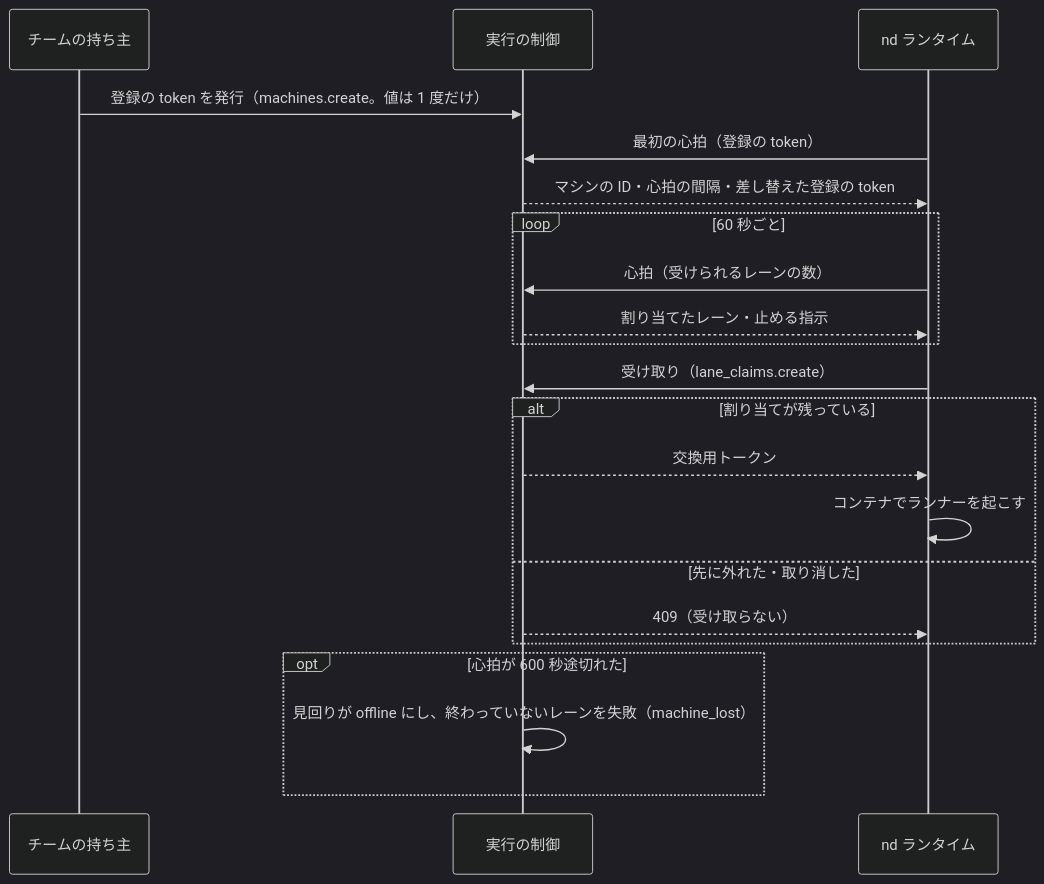
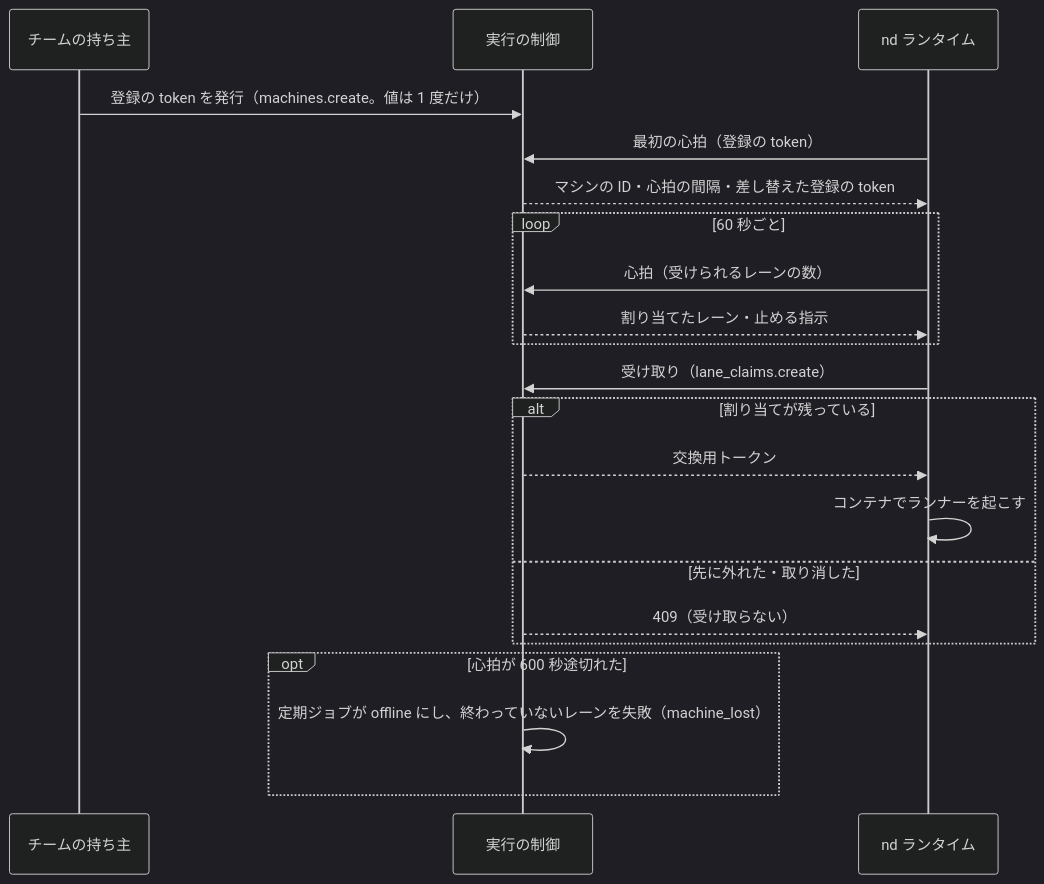
The sixth of 10 diagrams in docs/design/execution.md (devbasex/nd-factory), drawn with Mermaid (dark theme) before and after one commit. The commit also changed other lines of this file and 8 other files, not shown here.

````diff
--- a/docs/design/execution.md
+++ b/docs/design/execution.md
@@ -260,23 +260,23 @@
 ```mermaid
 sequenceDiagram
     participant O as チームの持ち主
     participant API as 実行の制御
     participant M as nd ランタイム
     O->>API: 登録の token を発行（machines.create。値は 1 度だけ）
     M->>API: 最初の心拍（登録の token）
     API-->>M: マシンの ID・心拍の間隔・差し替えた登録の token
     loop 60 秒ごと
         M->>API: 心拍（受けられるレーンの数）
         API-->>M: 割り当てたレーン・止める指示
     end
     M->>API: 受け取り（lane_claims.create）
     alt 割り当てが残っている
         API-->>M: 交換用トークン
         M->>M: コンテナでランナーを起こす
     else 先に外れた・取り消した
         API-->>M: 409（受け取らない）
     end
     opt 心拍が 600 秒途切れた
-        API->>API: 見回りが offline にし、終わっていないレーンを失敗（machine_lost）
+        API->>API: 定期ジョブが offline にし、終わっていないレーンを失敗（machine_lost）
     end
 ```
````
